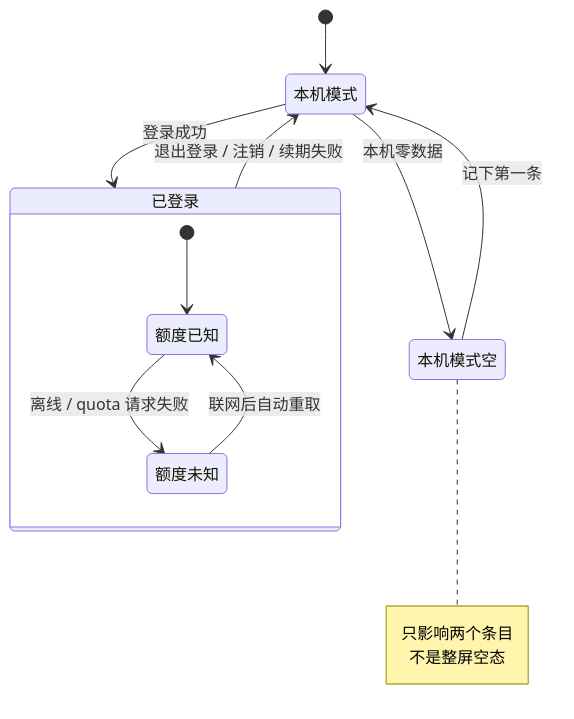
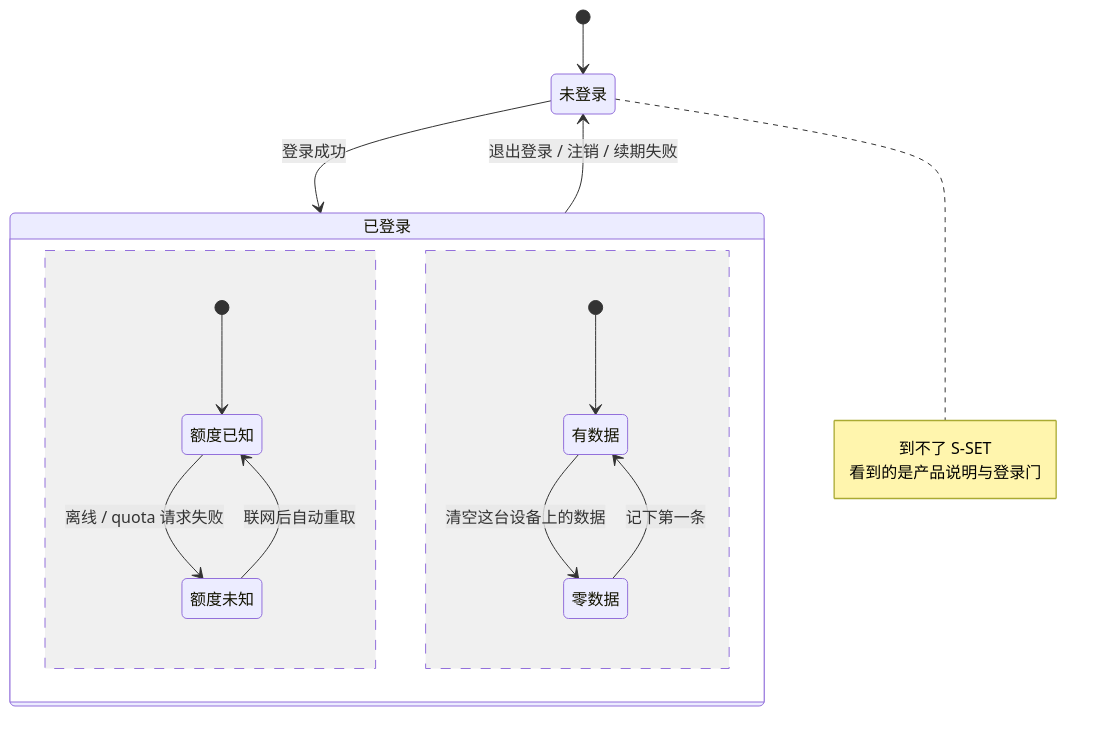
The second of 11 diagrams in docs/product/specs/设置与原图.md (chenyuanjin/kubic), drawn with Mermaid before and after one commit. The commit also changed other lines of this file and 15 other files, not shown here.

````diff
--- a/docs/product/specs/设置与原图.md
+++ b/docs/product/specs/设置与原图.md
@@ -156,17 +165,19 @@
 ```mermaid
 stateDiagram-v2
-    [*] --> 本机模式
-    本机模式 --> 已登录: 登录成功
-    已登录 --> 本机模式: 退出登录 / 注销 / 续期失败
-    本机模式 --> 本机模式空: 本机零数据
-    本机模式空 --> 本机模式: 记下第一条
+    [*] --> 未登录
+    未登录 --> 已登录: 登录成功
+    已登录 --> 未登录: 退出登录 / 注销 / 续期失败
     state 已登录 {
         [*] --> 额度已知
         额度已知 --> 额度未知: 离线 / quota 请求失败
         额度未知 --> 额度已知: 联网后自动重取
+        --
+        [*] --> 有数据
+        有数据 --> 零数据: 清空这台设备上的数据
+        零数据 --> 有数据: 记下第一条
     }
-    note right of 本机模式空
-        只影响两个条目
-        不是整屏空态
+    note right of 未登录
+        到不了 S-SET
+        看到的是产品说明与登录门
     end note
 ```
````
